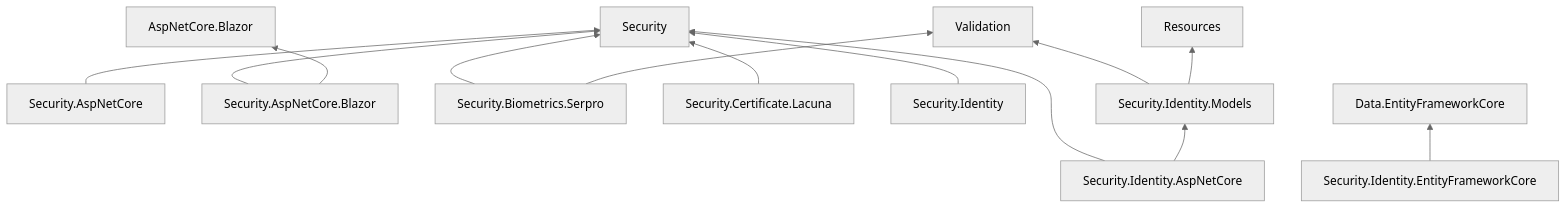
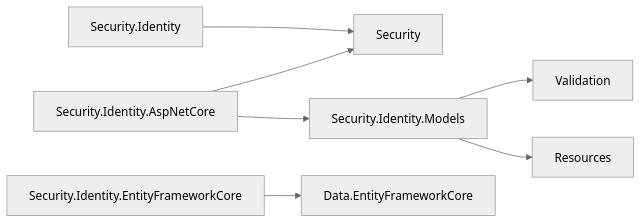
The fourth of 6 diagrams in profile/ARCHITECTURE.md (nuvtools/.github), drawn with Mermaid (neutral theme) before and after one commit. The commit also changed other lines of this file, not shown here.

Commit message:
Update architecture documentation for clarity, refining section headings and improving diagram readability

````diff
--- a/profile/ARCHITECTURE.md
+++ b/profile/ARCHITECTURE.md
@@ -66,16 +78,9 @@
 ```mermaid
-flowchart BT
-    SecAsp[Security.AspNetCore] --> Sec[Security]
-    SecBlazor[Security.AspNetCore.Blazor] --> Sec
-    SecBlazor --> Blazor[AspNetCore.Blazor]
-    Serpro[Security.Biometrics.Serpro] --> Sec
-    Serpro --> Validation[Validation]
-    Lacuna[Security.Certificate.Lacuna] --> Sec
-
-    Id[Security.Identity] --> Sec
+flowchart LR
+    Id[Security.Identity] --> Sec[Security]
     IdAsp[Security.Identity.AspNetCore] --> Sec
     IdAsp --> IdModels[Security.Identity.Models]
-    IdModels --> Validation
+    IdModels --> Validation[Validation]
     IdModels --> Resources[Resources]
     IdEF[Security.Identity.EntityFrameworkCore] --> DataEF[Data.EntityFrameworkCore]
 ```
````
